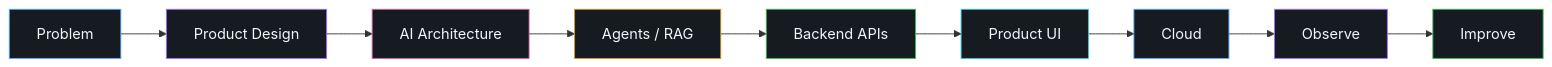
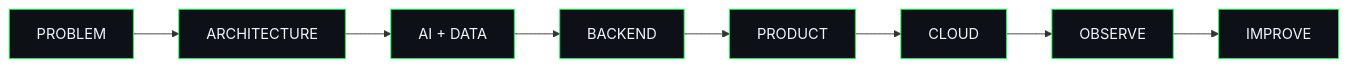
Before and after one commit to rakeshsurampalli/rakeshsurampalli: the first of 2 diagrams in README.md, drawn with Mermaid. The commit also changed other lines of this file, not shown here.

````diff
--- a/README.md
+++ b/README.md
@@ -195,32 +266,29 @@
 ```mermaid
 flowchart LR
 
-    A["Problem"]
-    B["Product Design"]
-    C["AI Architecture"]
-    D["Agents / RAG"]
-    E["Backend APIs"]
-    F["Product UI"]
-    G["Cloud"]
-    H["Observe"]
-    I["Improve"]
+    A["PROBLEM"]
+    B["ARCHITECTURE"]
+    C["AI + DATA"]
+    D["BACKEND"]
+    E["PRODUCT"]
+    F["CLOUD"]
+    G["OBSERVE"]
+    H["IMPROVE"]
 
     A --> B
     B --> C
     C --> D
     D --> E
     E --> F
     F --> G
     G --> H
-    H --> I
 
-    style A fill:#161B22,stroke:#58A6FF,color:#F0F6FC
-    style B fill:#161B22,stroke:#A371F7,color:#F0F6FC
-    style C fill:#161B22,stroke:#DB61A2,color:#F0F6FC
-    style D fill:#161B22,stroke:#D29922,color:#F0F6FC
-    style E fill:#161B22,stroke:#3FB950,color:#F0F6FC
-    style F fill:#161B22,stroke:#39C5CF,color:#F0F6FC
-    style G fill:#161B22,stroke:#58A6FF,color:#F0F6FC
-    style H fill:#161B22,stroke:#A371F7,color:#F0F6FC
-    style I fill:#161B22,stroke:#3FB950,color:#F0F6FC
+    style A fill:#0D1117,stroke:#00FF41,color:#F0F6FC
+    style B fill:#0D1117,stroke:#00FF41,color:#F0F6FC
+    style C fill:#0D1117,stroke:#00FF41,color:#F0F6FC
+    style D fill:#0D1117,stroke:#00FF41,color:#F0F6FC
+    style E fill:#0D1117,stroke:#00FF41,color:#F0F6FC
+    style F fill:#0D1117,stroke:#00FF41,color:#F0F6FC
+    style G fill:#0D1117,stroke:#00FF41,color:#F0F6FC
+    style H fill:#0D1117,stroke:#00FF41,color:#F0F6FC
 ```
````
